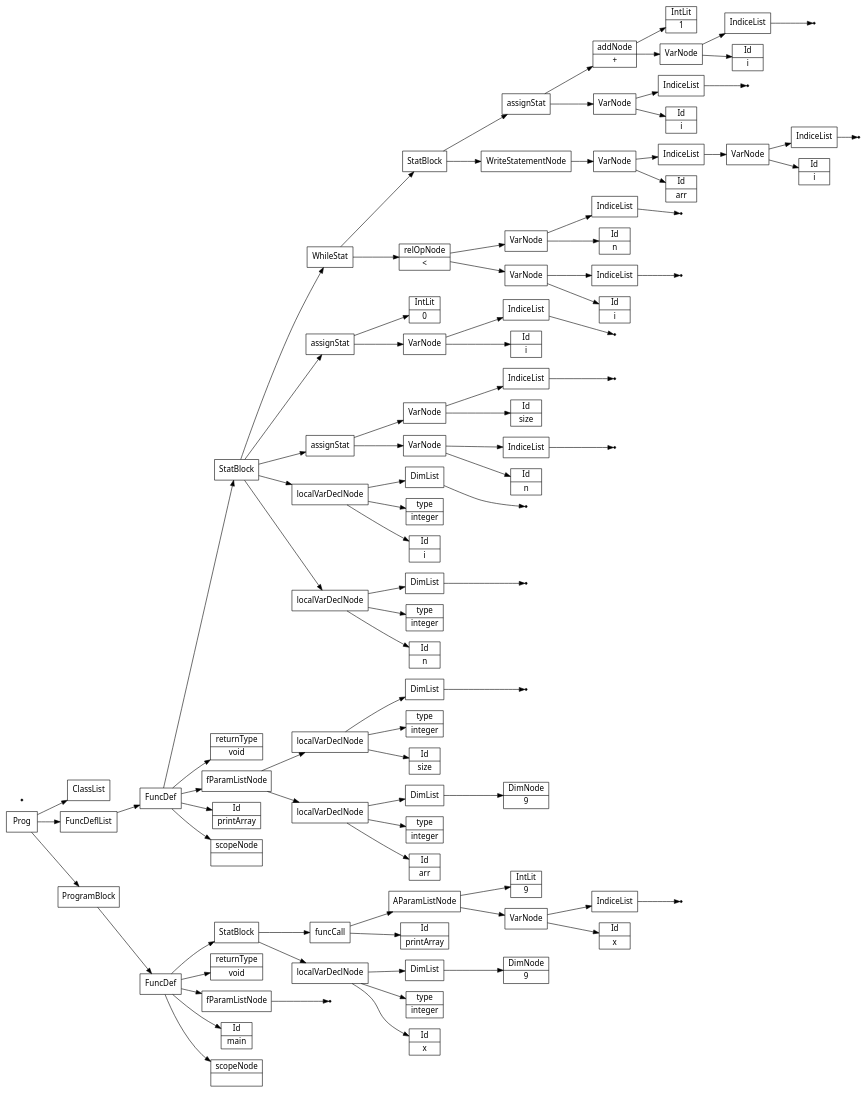
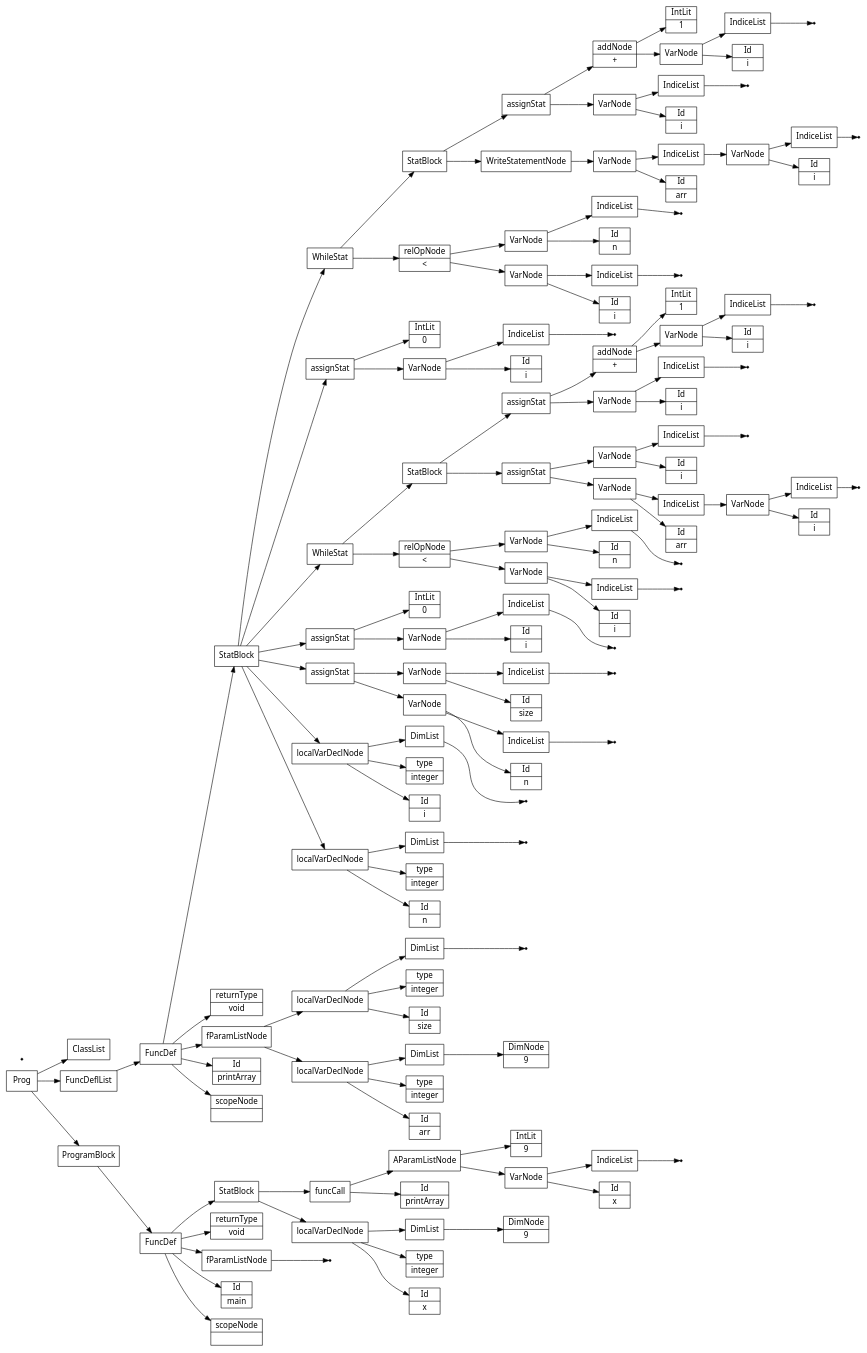
The diagram in files/bubbleSort.src.ast.dot (Saf1u/Kompiler), drawn with Graphviz before and after one commit. The commit also changed 8 other files, not shown here.

```diff
--- a/files/bubbleSort.src.ast.dot
+++ b/files/bubbleSort.src.ast.dot
@@ -100,15 +100,16 @@
 68[label="VarNode"];
 68->67;
 68->60;
-69[label="WriteStatementNode"];
-69->68;
-70[label="Id|i"];
-none72[shape="point"];
-73[label="IndiceList"];
-73->none72;
-74[label="VarNode"];
+69[label="Id|i"];
+none71[shape="point"];
+72[label="IndiceList"];
+72->none71;
+73[label="VarNode"];
+73->72;
+73->69;
+74[label="assignStat"];
 74->73;
-74->70;
+74->68;
 75[label="Id|i"];
 none77[shape="point"];
 78[label="IndiceList"];
@@ -116,79 +117,158 @@
 79[label="VarNode"];
 79->78;
 79->75;
-80[label="addNode|+"];
-81[label="IntLit|1"];
-80->81;
-80->79;
-82[label="assignStat"];
-82->80;
-82->74;
-83[label="StatBlock"];
-83->82;
-83->69;
-84[label="WhileStat"];
+80[label="Id|i"];
+none82[shape="point"];
+83[label="IndiceList"];
+83->none82;
+84[label="VarNode"];
 84->83;
-84->53;
-85[label="StatBlock"];
+84->80;
+85[label="addNode|+"];
+86[label="IntLit|1"];
+85->86;
 85->84;
-85->47;
-85->40;
-85->29;
-85->23;
-86[label="FuncDef"];
+87[label="assignStat"];
+87->85;
+87->79;
+88[label="StatBlock"];
+88->87;
+88->74;
+89[label="WhileStat"];
+89->88;
+89->53;
+90[label="Id|i"];
+none92[shape="point"];
+93[label="IndiceList"];
+93->none92;
+94[label="VarNode"];
+94->93;
+94->90;
+95[label="IntLit|0"];
+96[label="assignStat"];
+96->95;
+96->94;
+97[label="Id|i"];
+none99[shape="point"];
+100[label="IndiceList"];
+100->none99;
+101[label="VarNode"];
+101->100;
+101->97;
+102[label="relOpNode|\<"];
+103[label="Id|n"];
+none105[shape="point"];
+106[label="IndiceList"];
+106->none105;
+107[label="VarNode"];
+107->106;
+107->103;
+102->107;
+102->101;
+109[label="Id|arr"];
+111[label="Id|i"];
+none113[shape="point"];
+114[label="IndiceList"];
+114->none113;
+115[label="VarNode"];
+115->114;
+115->111;
+116[label="IndiceList"];
+116->115;
+117[label="VarNode"];
+117->116;
+117->109;
+118[label="WriteStatementNode"];
+118->117;
+119[label="Id|i"];
+none121[shape="point"];
+122[label="IndiceList"];
+122->none121;
+123[label="VarNode"];
+123->122;
+123->119;
+124[label="Id|i"];
+none126[shape="point"];
+127[label="IndiceList"];
+127->none126;
+128[label="VarNode"];
+128->127;
+128->124;
+129[label="addNode|+"];
+130[label="IntLit|1"];
+129->130;
+129->128;
+131[label="assignStat"];
+131->129;
+131->123;
+132[label="StatBlock"];
+132->131;
+132->118;
+133[label="WhileStat"];
+133->132;
+133->102;
+134[label="StatBlock"];
+134->133;
+134->96;
+134->89;
+134->47;
+134->40;
+134->29;
+134->23;
+135[label="FuncDef"];
 0[label="Id|printArray"];
-86->85;
-86->16;
-86->15;
-86->0;
-86->1;
-88[label="scopeNode| "];
-none90[shape="point"];
-91[label="fParamListNode"];
-91->none90;
-92[label="returnType|void"];
-94[label="Id|x"];
-95[label="type|integer"];
-97[label="DimNode|9"];
-98[label="DimList"];
-98->97;
-99[label="localVarDeclNode"];
-99->98;
-99->95;
-99->94;
-100[label="Id|printArray"];
-102[label="Id|x"];
-none104[shape="point"];
-105[label="IndiceList"];
-105->none104;
-106[label="VarNode"];
-106->105;
-106->102;
-107[label="IntLit|9"];
-108[label="AParamListNode"];
-108->107;
-108->106;
-109[label="funcCall"];
-109->108;
-109->100;
-110[label="StatBlock"];
-110->109;
-110->99;
-111[label="FuncDef"];
-87[label="Id|main"];
-111->110;
-111->92;
-111->91;
-111->87;
-111->88;
-112[label="ClassList"];
-113[label="FuncDeflList"];
-114[label="Prog"];
-115[label="ProgramBlock"];
-115->111;
-113->86;
-none116[shape="point"];
-114->112;
-114->113;
-114->115;
+135->134;
+135->16;
+135->15;
+135->0;
+135->1;
+137[label="scopeNode| "];
+none139[shape="point"];
+140[label="fParamListNode"];
+140->none139;
+141[label="returnType|void"];
+143[label="Id|x"];
+144[label="type|integer"];
+146[label="DimNode|9"];
+147[label="DimList"];
+147->146;
+148[label="localVarDeclNode"];
+148->147;
+148->144;
+148->143;
+149[label="Id|printArray"];
+151[label="Id|x"];
+none153[shape="point"];
+154[label="IndiceList"];
+154->none153;
+155[label="VarNode"];
+155->154;
+155->151;
+156[label="IntLit|9"];
+157[label="AParamListNode"];
+157->156;
+157->155;
+158[label="funcCall"];
+158->157;
+158->149;
+159[label="StatBlock"];
+159->158;
+159->148;
+160[label="FuncDef"];
+136[label="Id|main"];
+160->159;
+160->141;
+160->140;
+160->136;
+160->137;
+161[label="ClassList"];
+162[label="FuncDeflList"];
+163[label="Prog"];
+164[label="ProgramBlock"];
+164->160;
+162->135;
+none165[shape="point"];
+163->161;
+163->162;
+163->164;
 }
```
